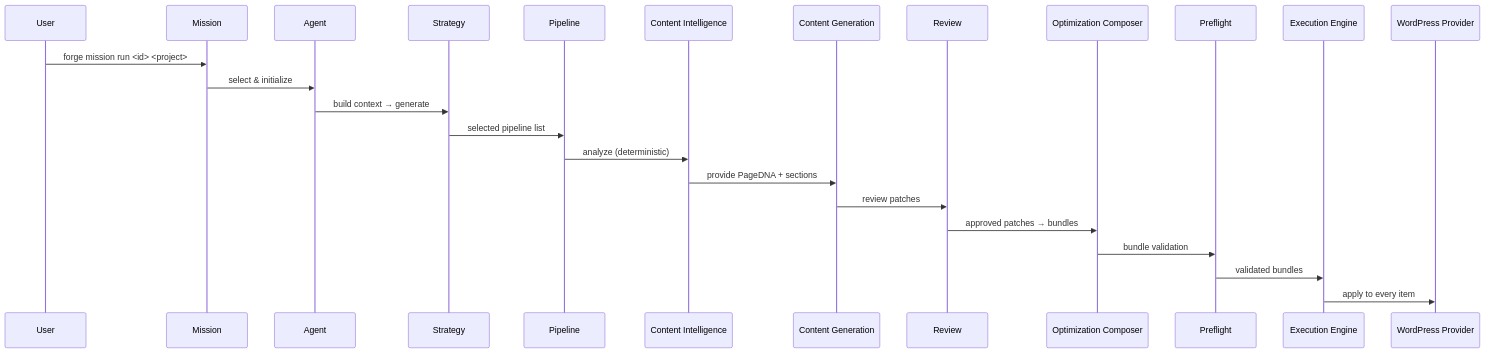
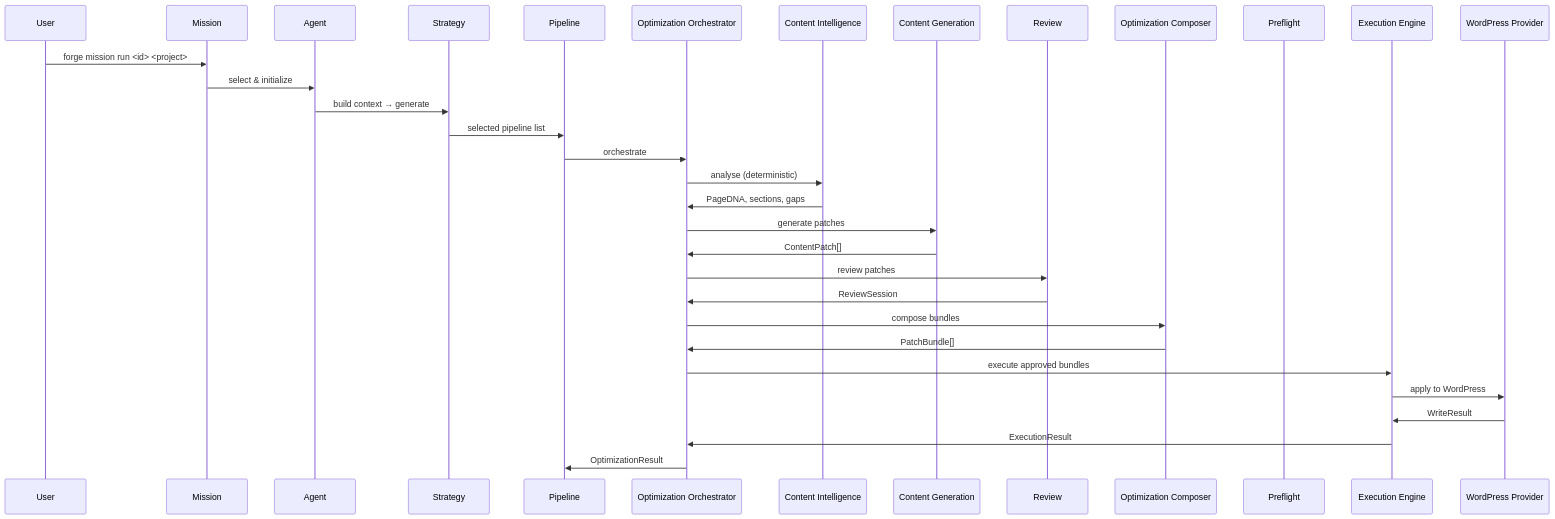
The second of 4 diagrams in docs/architecture.md (Bright-Xuck/SEOforge), drawn with Mermaid before and after one commit. The commit also changed other lines of this file and 22 other files, not shown here.

````diff
--- a/docs/architecture.md
+++ b/docs/architecture.md
@@ -328,27 +382,35 @@
 ```mermaid
 sequenceDiagram
     participant User
     participant Mission
     participant Agent
     participant Strategy
     participant Pipeline
+    participant OO as Optimization Orchestrator
     participant CI as Content Intelligence
     participant CG as Content Generation
     participant Review
     participant OC as Optimization Composer
     participant Preflight
     participant Exec as Execution Engine
     participant WP as WordPress Provider
 
     User->>Mission: forge mission run <id> <project>
     Mission->>Agent: select & initialize
     Agent->>Strategy: build context → generate
     Strategy->>Pipeline: selected pipeline list
-    Pipeline->>CI: analyze (deterministic)
-    CI->>CG: provide PageDNA + sections
-    CG->>Review: review patches
-    Review->>OC: approved patches → bundles
-    OC->>Preflight: bundle validation
-    Preflight->>Exec: validated bundles
-    Exec->>WP: apply to every item
+    Pipeline->>OO: orchestrate
+    OO->>CI: analyse (deterministic)
+    CI->>OO: PageDNA, sections, gaps
+    OO->>CG: generate patches
+    CG->>OO: ContentPatch[]
+    OO->>Review: review patches
+    Review->>OO: ReviewSession
+    OO->>OC: compose bundles
+    OC->>OO: PatchBundle[]
+    OO->>Exec: execute approved bundles
+    Exec->>WP: apply to WordPress
+    WP->>Exec: WriteResult
+    Exec->>OO: ExecutionResult
+    OO->>Pipeline: OptimizationResult
 ```
````
